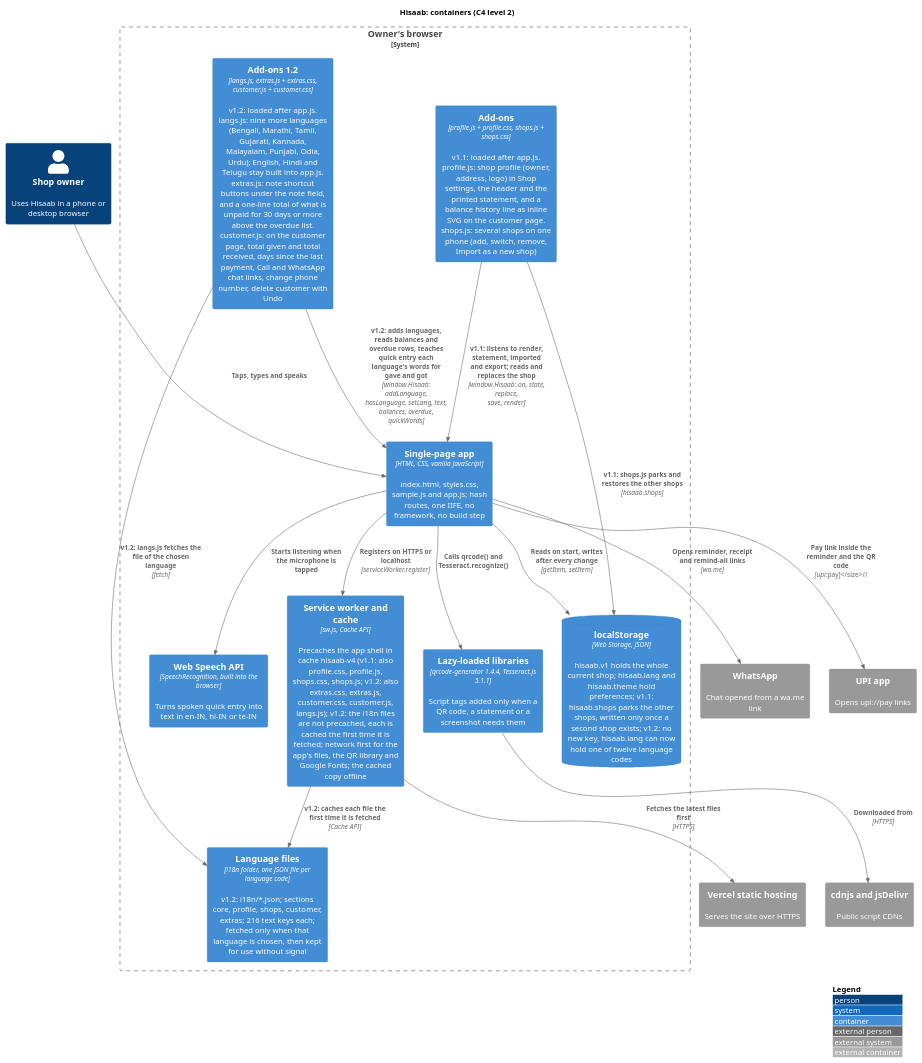
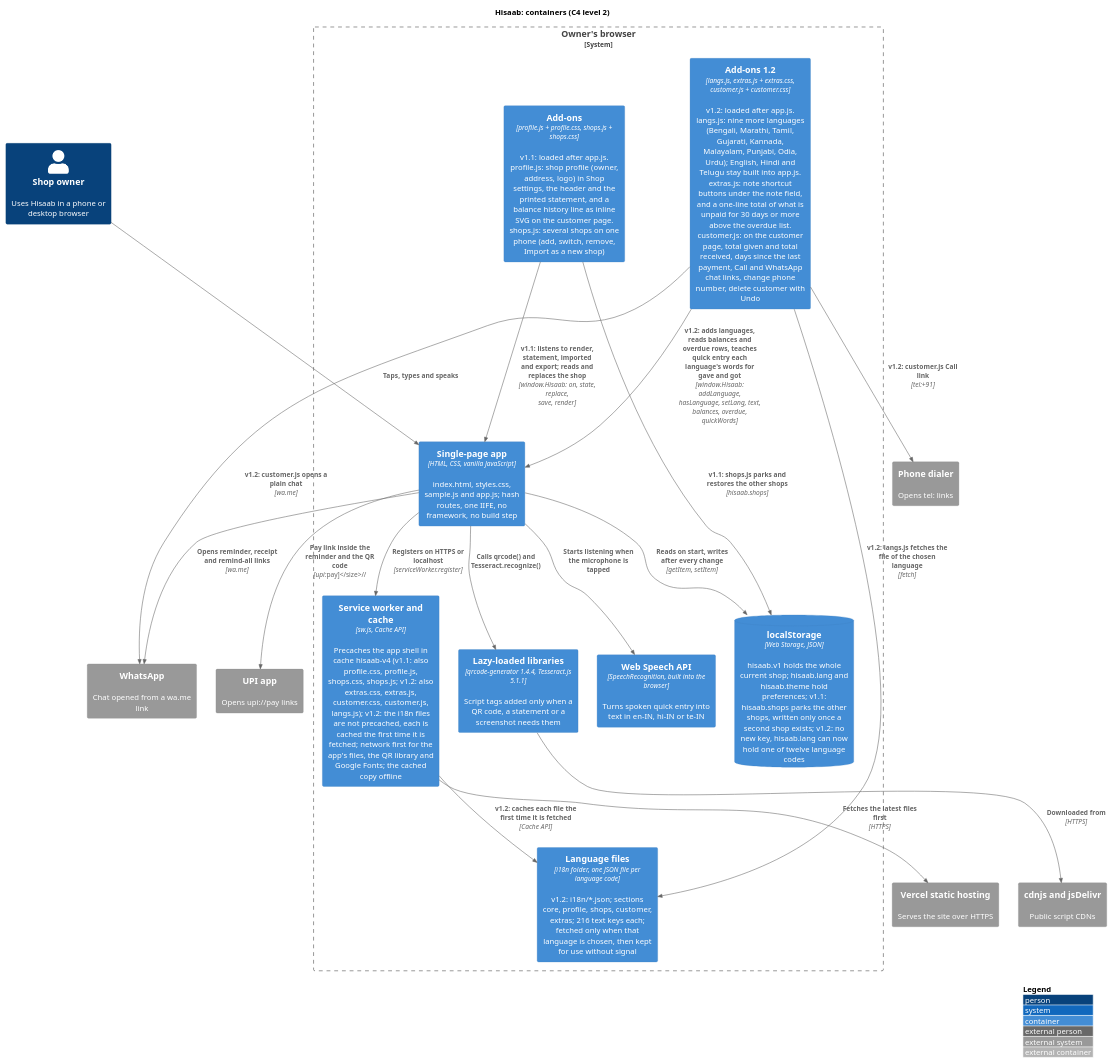
Before and after one commit to karwasanjay007/hisaab-docs: the diagram in docs/diagrams/c4-container.puml, drawn with PlantUML. The commit also changed 14 other files, not shown here.

First line of the commit message:
Documents checked against the code: diagrams, journeys, requirements and epics corrected to version 1.2.0.0

```diff
--- a/docs/diagrams/c4-container.puml
+++ b/docs/diagrams/c4-container.puml
@@ -1,38 +1,41 @@
 @startuml c4-container
 !include <C4/C4_Container>
 title Hisaab: containers (C4 level 2)
 
 Person(owner, "Shop owner", "Uses Hisaab in a phone or desktop browser")
 System_Ext(whatsapp, "WhatsApp", "Chat opened from a wa.me link")
 System_Ext(upi, "UPI app", "Opens upi://pay links")
+System_Ext(dialer, "Phone dialer", "Opens tel: links")
 System_Ext(cdn, "cdnjs and jsDelivr", "Public script CDNs")
 System_Ext(vercel, "Vercel static hosting", "Serves the site over HTTPS")
 
 System_Boundary(browser, "Owner's browser") {
   Container(spa, "Single-page app", "HTML, CSS, vanilla JavaScript", "index.html, styles.css, sample.js and app.js; hash routes, one IIFE, no framework, no build step")
   Container(addons, "Add-ons", "profile.js + profile.css, shops.js + shops.css", "v1.1: loaded after app.js. profile.js: shop profile (owner, address, logo) in Shop settings, the header and the printed statement, and a balance history line as inline SVG on the customer page. shops.js: several shops on one phone (add, switch, remove, Import as a new shop)")
   ContainerDb(ls, "localStorage", "Web Storage, JSON", "hisaab.v1 holds the whole current shop; hisaab.lang and hisaab.theme hold preferences; v1.1: hisaab.shops parks the other shops, written only once a second shop exists; v1.2: no new key, hisaab.lang can now hold one of twelve language codes")
   Container(sw, "Service worker and cache", "sw.js, Cache API", "Precaches the app shell in cache hisaab-v4 (v1.1: also profile.css, profile.js, shops.css, shops.js; v1.2: also extras.css, extras.js, customer.css, customer.js, langs.js); v1.2: the i18n files are not precached, each is cached the first time it is fetched; network first for the app's files, the QR library and Google Fonts; the cached copy offline")
   Container(addons12, "Add-ons 1.2", "langs.js, extras.js + extras.css, customer.js + customer.css", "v1.2: loaded after app.js. langs.js: nine more languages (Bengali, Marathi, Tamil, Gujarati, Kannada, Malayalam, Punjabi, Odia, Urdu); English, Hindi and Telugu stay built into app.js. extras.js: note shortcut buttons under the note field, and a one-line total of what is unpaid for 30 days or more above the overdue list. customer.js: on the customer page, total given and total received, days since the last payment, Call and WhatsApp chat links, change phone number, delete customer with Undo")
   Container(i18nfiles, "Language files", "i18n folder, one JSON file per language code", "v1.2: i18n/*.json; sections core, profile, shops, customer, extras; 216 text keys each; fetched only when that language is chosen, then kept for use without signal")
   Container(libs, "Lazy-loaded libraries", "qrcode-generator 1.4.4, Tesseract.js 5.1.1", "Script tags added only when a QR code, a statement or a screenshot needs them")
   Container(speech, "Web Speech API", "SpeechRecognition, built into the browser", "Turns spoken quick entry into text in en-IN, hi-IN or te-IN")
 }
 
 Rel(owner, spa, "Taps, types and speaks")
 Rel(spa, ls, "Reads on start, writes after every change", "getItem, setItem")
 Rel(addons, spa, "v1.1: listens to render, statement, imported and export; reads and replaces the shop", "window.Hisaab: on, state, replace, save, render")
 Rel(addons, ls, "v1.1: shops.js parks and restores the other shops", "hisaab.shops")
 Rel(addons12, spa, "v1.2: adds languages, reads balances and overdue rows, teaches quick entry each language's words for gave and got", "window.Hisaab: addLanguage, hasLanguage, setLang, text, balances, overdue, quickWords")
 Rel(addons12, i18nfiles, "v1.2: langs.js fetches the file of the chosen language", "fetch")
 Rel(sw, i18nfiles, "v1.2: caches each file the first time it is fetched", "Cache API")
 Rel(spa, sw, "Registers on HTTPS or localhost", "serviceWorker.register")
 Rel(sw, vercel, "Fetches the latest files first", "HTTPS")
 Rel(spa, libs, "Calls qrcode() and Tesseract.recognize()")
 Rel(libs, cdn, "Downloaded from", "HTTPS")
 Rel(spa, speech, "Starts listening when the microphone is tapped")
 Rel(spa, whatsapp, "Opens reminder, receipt and remind-all links", "wa.me")
 Rel(spa, upi, "Pay link inside the reminder and the QR code", "upi://pay")
+Rel(addons12, whatsapp, "v1.2: customer.js opens a plain chat", "wa.me")
+Rel(addons12, dialer, "v1.2: customer.js Call link", "tel:+91")
 
 LAYOUT_WITH_LEGEND()
 @enduml
```
